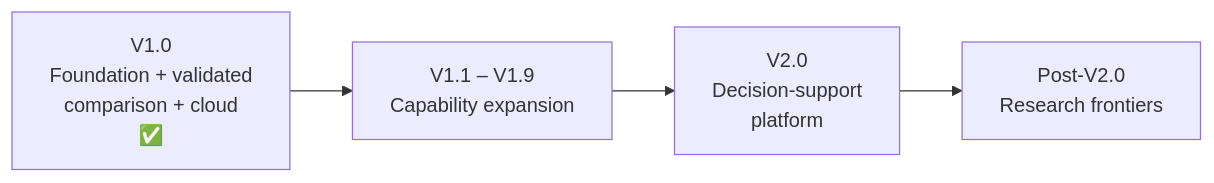
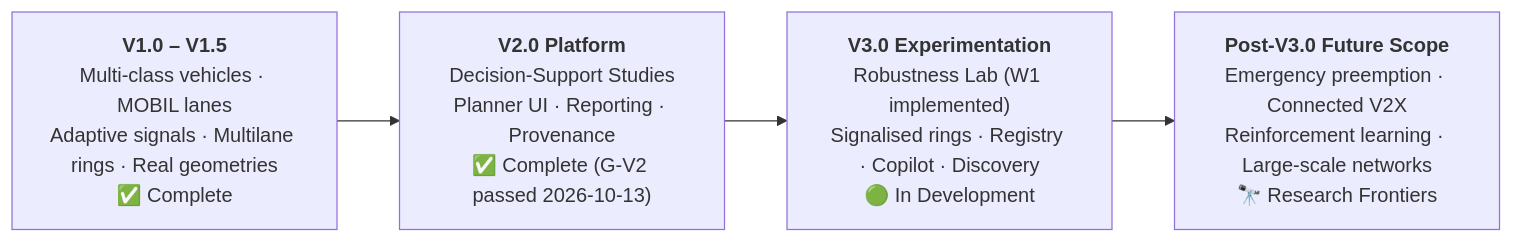
The fourth of 4 diagrams in README.md (Viraj281105/Traffic-Simulation), drawn with Mermaid before and after one commit. The commit also changed other lines of this file and 7 other files, not shown here.

Commit message:
docs: add comprehensive documentation and architectural readmes for frontend, shared layer, and system architecture

````diff
--- a/README.md
+++ b/README.md
@@ -212,4 +564,6 @@
 ```mermaid
 flowchart LR
-    A["V1.0<br/>Foundation + validated<br/>comparison + cloud<br/>✅"] --> B["V1.1 – V1.9<br/>Capability expansion"] --> C["V2.0<br/>Decision-support<br/>platform"] --> D["Post-V2.0<br/>Research frontiers"]
+    V1["<b>V1.0 – V1.5</b><br/>Multi-class vehicles · MOBIL lanes<br/>Adaptive signals · Multilane rings · Real geometries<br/>✅ Complete"] --> V2["<b>V2.0 Platform</b><br/>Decision-Support Studies<br/>Planner UI · Reporting · Provenance<br/>✅ Complete (G-V2 passed 2026-10-13)"]
+    V2 --> V3["<b>V3.0 Experimentation</b><br/>Robustness Lab (W1 implemented)<br/>Signalised rings · Registry · Copilot · Discovery<br/>🟢 In Development"]
+    V3 --> FS["<b>Post-V3.0 Future Scope</b><br/>Emergency preemption · Connected V2X<br/>Reinforcement learning · Large-scale networks<br/>🔭 Research Frontiers"]
 ```
````
